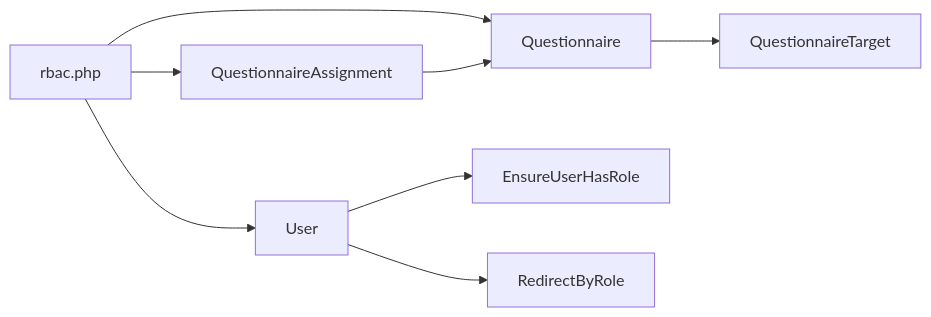
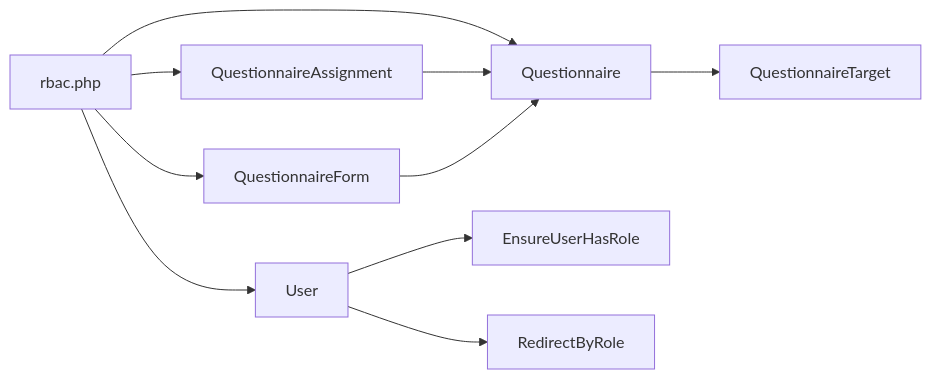
Before and after one commit to rudicatsmile/assesment360: the sixth of 6 diagrams in .qoder/repowiki/en/content/Core Features/Questionnaire Management/Target Group Assignment.md, drawn with Mermaid. The commit also changed other lines of this file and 6 other files, not shown here.

````diff
--- a/.qoder/repowiki/en/content/Core Features/Questionnaire Management/Target Group Assignment.md
+++ b/.qoder/repowiki/en/content/Core Features/Questionnaire Management/Target Group Assignment.md
@@ -287,10 +379,12 @@
 ```mermaid
 graph LR
 CFG["rbac.php"] --> Q["Questionnaire"]
 CFG --> QA["QuestionnaireAssignment"]
+CFG --> QF["QuestionnaireForm"]
 CFG --> U["User"]
 Q --> QT["QuestionnaireTarget"]
 QA --> Q
+QF --> Q
 U --> RH["EnsureUserHasRole"]
 U --> RB["RedirectByRole"]
 ```
````
